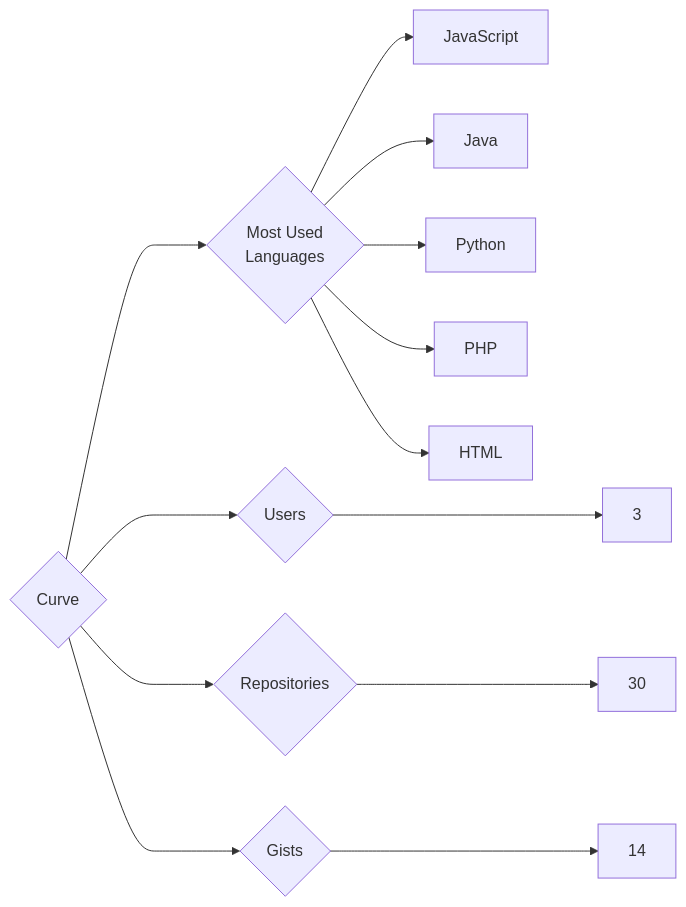
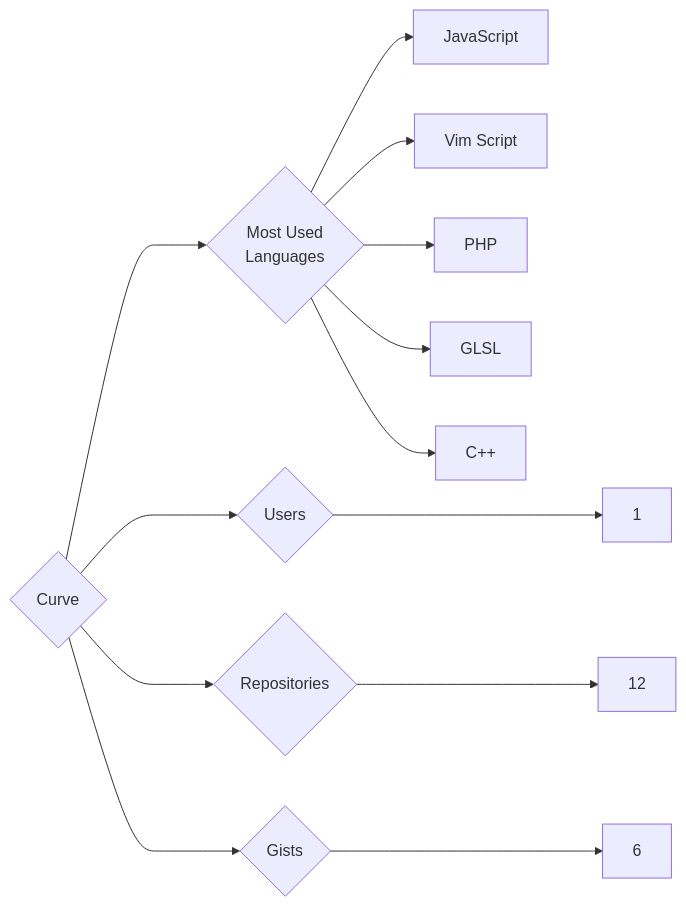
The diagram in targets/Curve/README.md (trickest/insiders), drawn with Mermaid before and after one commit. The commit also changed 723 other files, not shown here.

````diff
--- a/targets/Curve/README.md
+++ b/targets/Curve/README.md
@@ -3,13 +3,13 @@
 ```mermaid
 graph LR
 COMPANY_NAME{Curve}
-COMPANY_NAME ---> U{Users} ---> UN[3]
-COMPANY_NAME ---> R{Repositories} ---> RN[30]
-COMPANY_NAME ---> G{Gists} ---> GN[14]
+COMPANY_NAME ---> U{Users} ---> UN[1]
+COMPANY_NAME ---> R{Repositories} ---> RN[12]
+COMPANY_NAME ---> G{Gists} ---> GN[6]
 COMPANY_NAME ---> ML{Most Used<br>Languages}
 ML --> JavaScript[JavaScript]
-ML --> Java[Java]
-ML --> Python[Python]
+ML --> Vim_Script[Vim Script]
 ML --> PHP[PHP]
-ML --> HTML[HTML]
+ML --> GLSL[GLSL]
+ML --> C++[C++]
 ```
````
